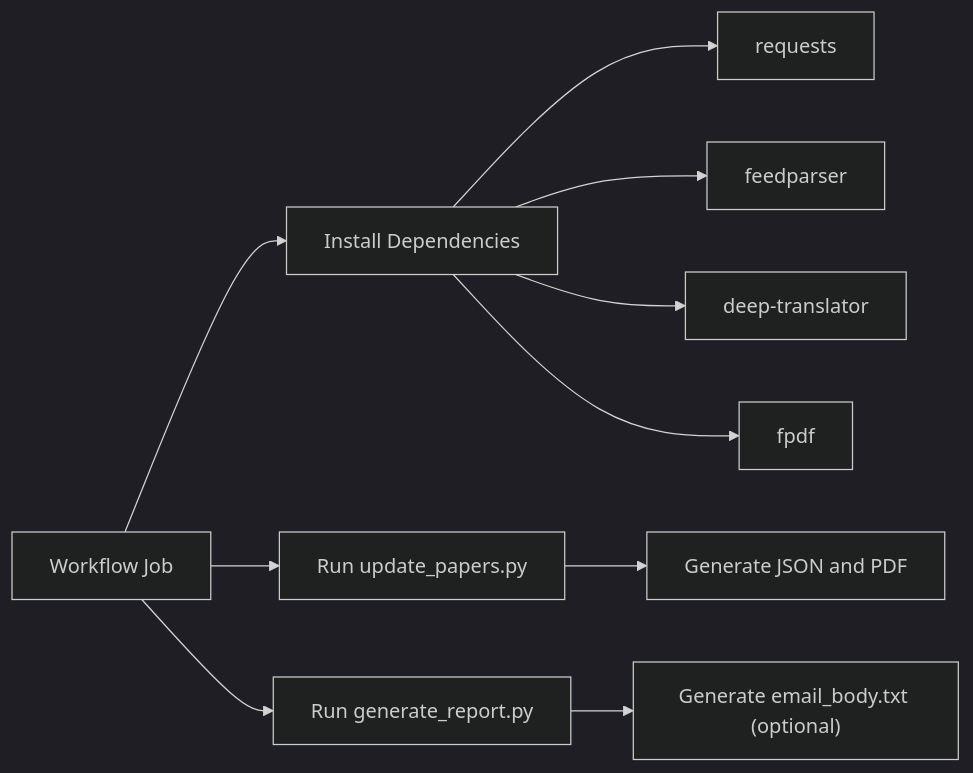
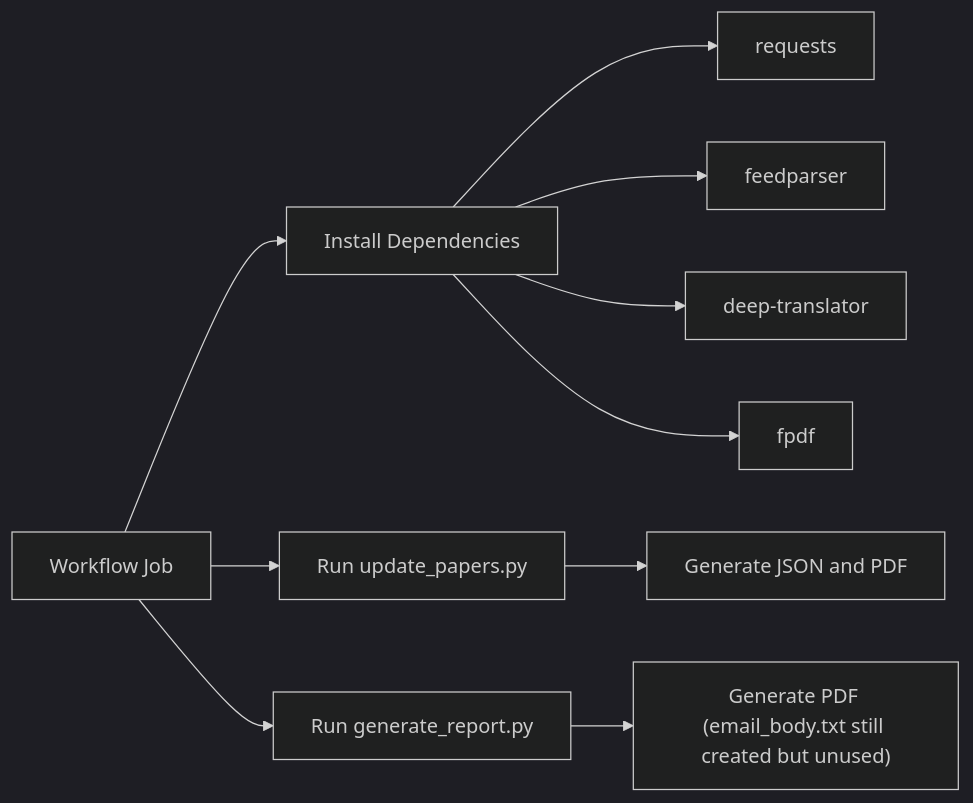
The third of 3 diagrams in .qoder/repowiki/en/content/Configuration Guide/Email Notification System.md (junxie01/paper_weekly), drawn with Mermaid (dark theme) before and after one commit. The commit also changed other lines of this file and 4 other files, not shown here.

````diff
--- a/.qoder/repowiki/en/content/Configuration Guide/Email Notification System.md
+++ b/.qoder/repowiki/en/content/Configuration Guide/Email Notification System.md
@@ -211,12 +211,12 @@
 ```mermaid
 graph LR
 A["Workflow Job"] --> B["Install Dependencies"]
 B --> C["requests"]
 B --> D["feedparser"]
 B --> E["deep-translator"]
 B --> F["fpdf"]
 A --> G["Run update_papers.py"]
 G --> H["Generate JSON and PDF"]
 A --> I["Run generate_report.py"]
-I --> J["Generate email_body.txt (optional)"]
+I --> J["Generate PDF (email_body.txt still created but unused)"]
 ```
````
